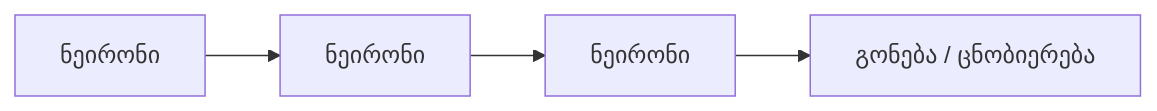
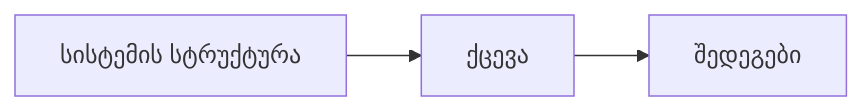
One commit to DavidTbilisi/BookSummary changed the fourth of 25 diagrams in books/src/007.md. Above: the diagram before and after it, drawn with Mermaid. The commit also changed other lines of this file and 10 other files, not shown here.

````diff
--- a/books/src/007.md
+++ b/books/src/007.md
@@ -64,6 +82,4 @@
 ```mermaid
 flowchart LR
-  N1[ნეირონი] --> N2[ნეირონი]
-  N2 --> N3[ნეირონი]
-  N3 --> M[გონება / ცნობიერება]
+  Structure[სისტემის სტრუქტურა] --> Behavior[ქცევა] --> Results[შედეგები]
 ```
````
